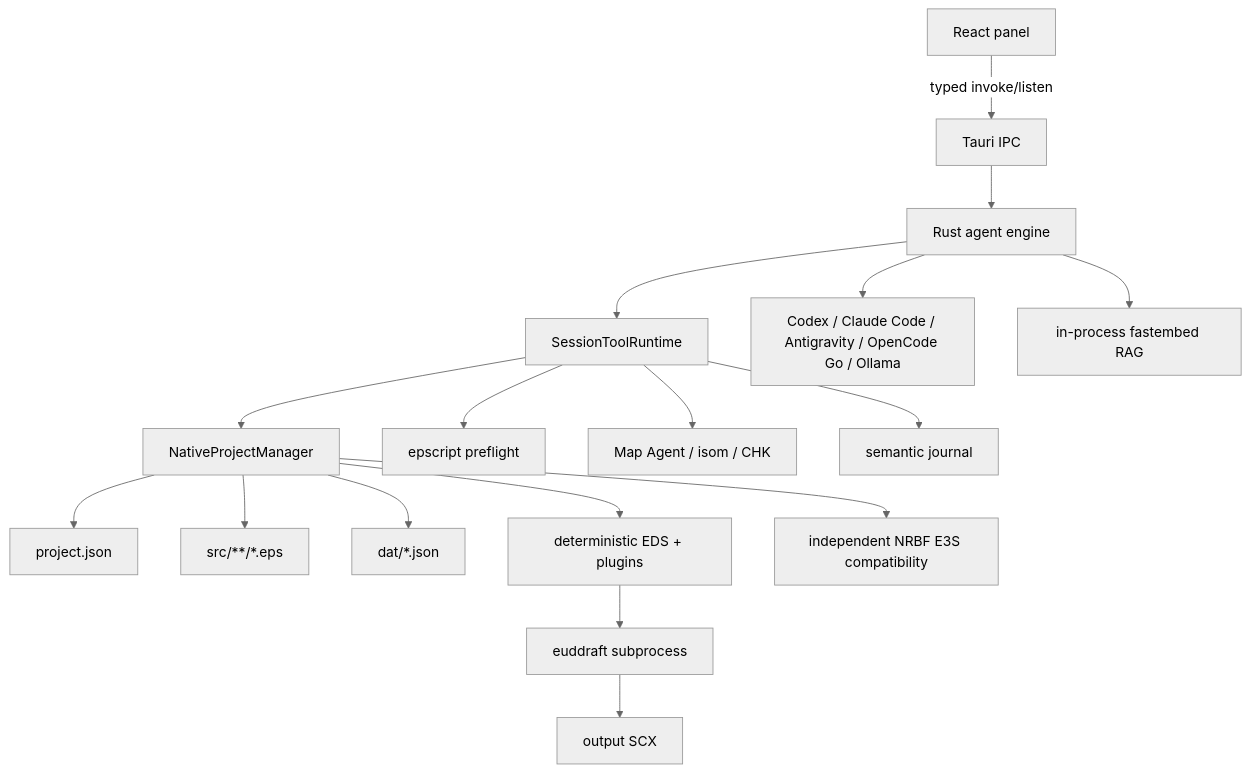
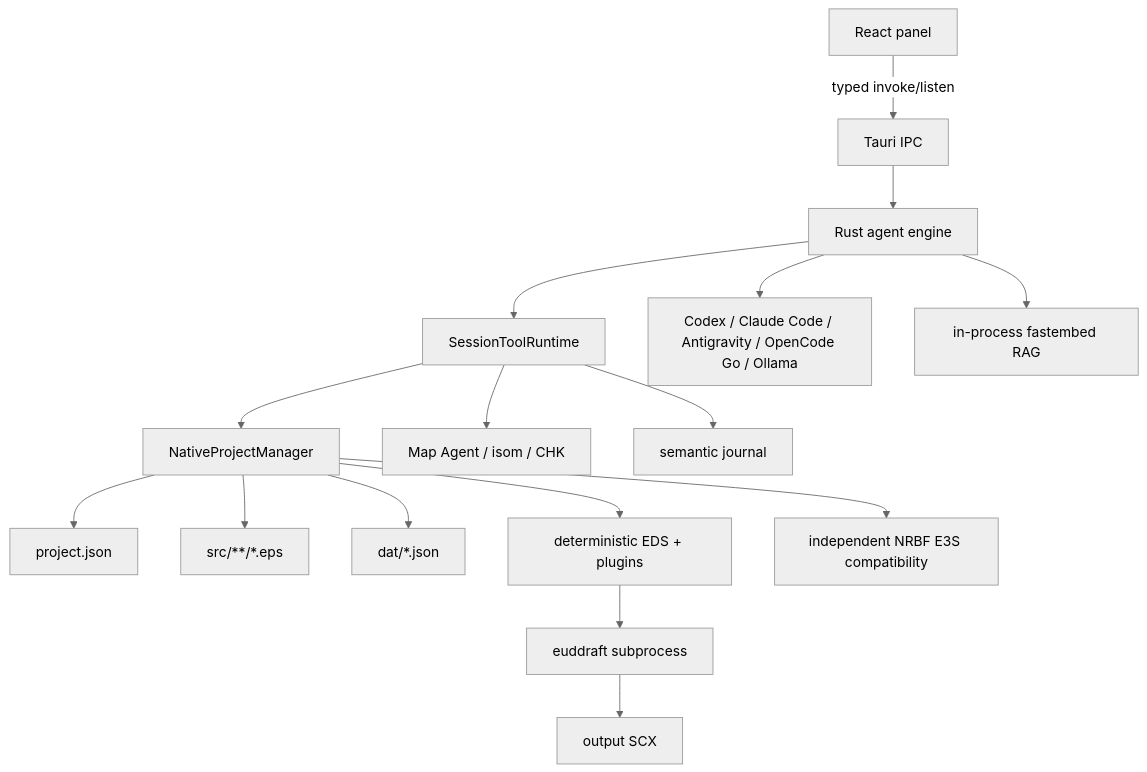
Before and after one commit to raravel/eud-agent: the first of 2 diagrams in hivemind/docs/architecture.md, drawn with Mermaid (neutral theme). The commit also changed other lines of this file and 36 other files, not shown here.

````diff
--- a/hivemind/docs/architecture.md
+++ b/hivemind/docs/architecture.md
@@ -9,19 +9,18 @@
 ```mermaid
 graph TD
     Panel[React panel] -->|typed invoke/listen| IPC[Tauri IPC]
     IPC --> Engine[Rust agent engine]
     Engine --> Tools[SessionToolRuntime]
     Tools --> Native[NativeProjectManager]
     Native --> Manifest[project.json]
     Native --> Sources[src/**/*.eps]
     Native --> Dat[dat/*.json]
-    Tools --> Preflight[epscript preflight]
     Tools --> Map[Map Agent / isom / CHK]
     Tools --> Journal[semantic journal]
     Engine --> Providers[Codex / Claude Code / Antigravity / OpenCode Go / Ollama]
     Engine --> Rag[in-process fastembed RAG]
     Native --> Build[deterministic EDS + plugins]
     Build --> Euddraft[euddraft subprocess]
     Euddraft --> Output[output SCX]
     Native --> Compat[independent NRBF E3S compatibility]
 ```
````
